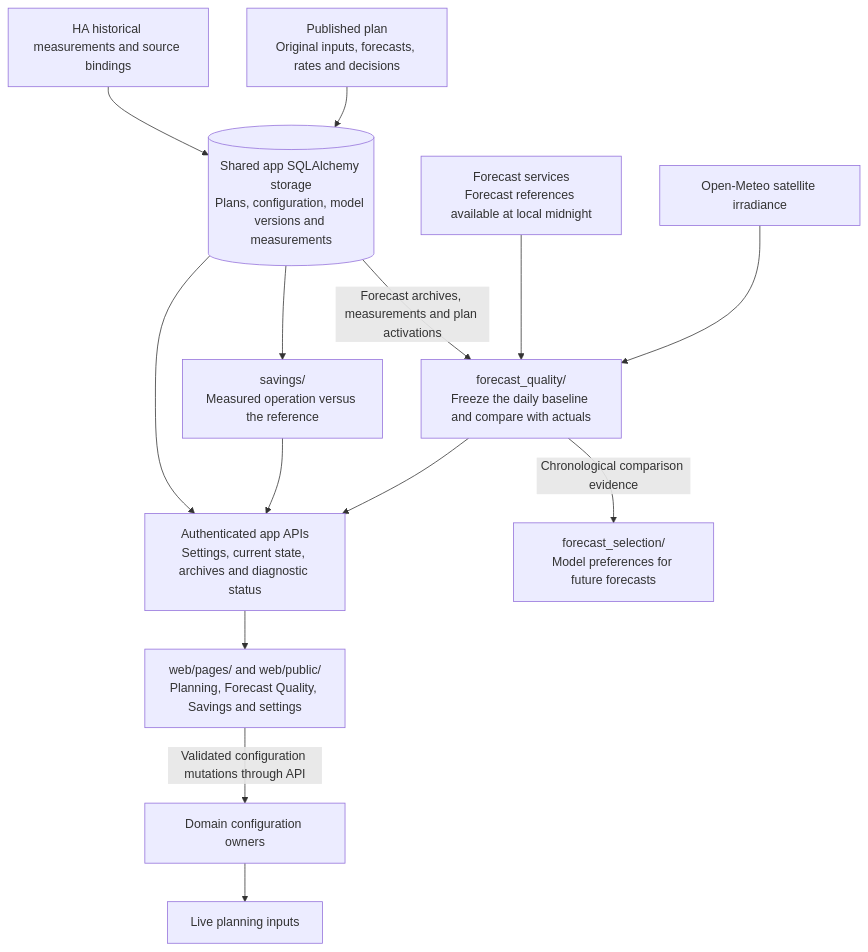
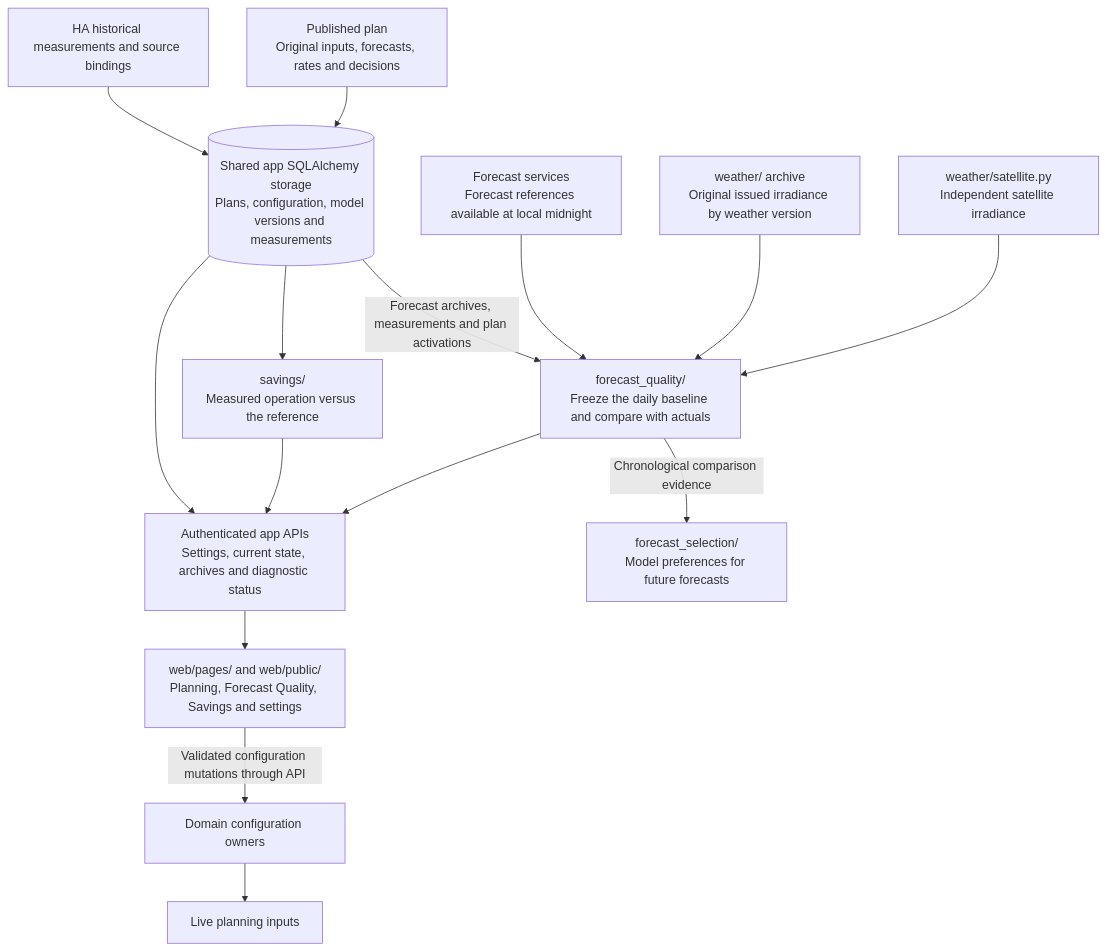
The eighth of 8 diagrams in docs/development/ARCHITECTURE-OVERVIEW.md (patrickvorgers/open-energy-planner), drawn with Mermaid before and after one commit. The commit also changed other lines of this file and 4 other files, not shown here.

````diff
--- a/docs/development/ARCHITECTURE-OVERVIEW.md
+++ b/docs/development/ARCHITECTURE-OVERVIEW.md
@@ -229,18 +229,19 @@
 ```mermaid
 flowchart TD
     accTitle: Plan archives, historical evaluation and web UI
     accDescr: Published plans, configuration and measurements are durable. Forecast Quality and Savings read preserved evidence and expose different comparisons through the app APIs.
     PLAN["Published plan<br/>Original inputs, forecasts, rates and decisions"] --> ARCHIVE[("Shared app SQLAlchemy storage<br/>Plans, configuration, model versions and measurements")]
     HISTORY["HA historical measurements and source bindings"] --> ARCHIVE
     REFS["Forecast services<br/>Forecast references available at local midnight"] --> QUALITY["forecast_quality/<br/>Freeze the daily baseline and compare with actuals"]
     ARCHIVE -->|Forecast archives, measurements and plan activations| QUALITY
-    SAT["Open-Meteo satellite irradiance"] --> QUALITY
+    WX["weather/ archive<br/>Original issued irradiance by weather version"] --> QUALITY
+    SAT["weather/satellite.py<br/>Independent satellite irradiance"] --> QUALITY
     QUALITY -->|Chronological comparison evidence| PREFS["forecast_selection/<br/>Model preferences for future forecasts"]
     ARCHIVE --> SAVINGS["savings/<br/>Measured operation versus the reference"]
     ARCHIVE --> READ["Authenticated app APIs<br/>Settings, current state, archives and diagnostic status"]
     QUALITY --> READ
     SAVINGS --> READ
     READ --> UI["web/pages/ and web/public/<br/>Planning, Forecast Quality, Savings and settings"]
     UI -->|Validated configuration mutations through API| SETTINGS["Domain configuration owners"]
     SETTINGS --> LIVE["Live planning inputs"]
 ```
````
